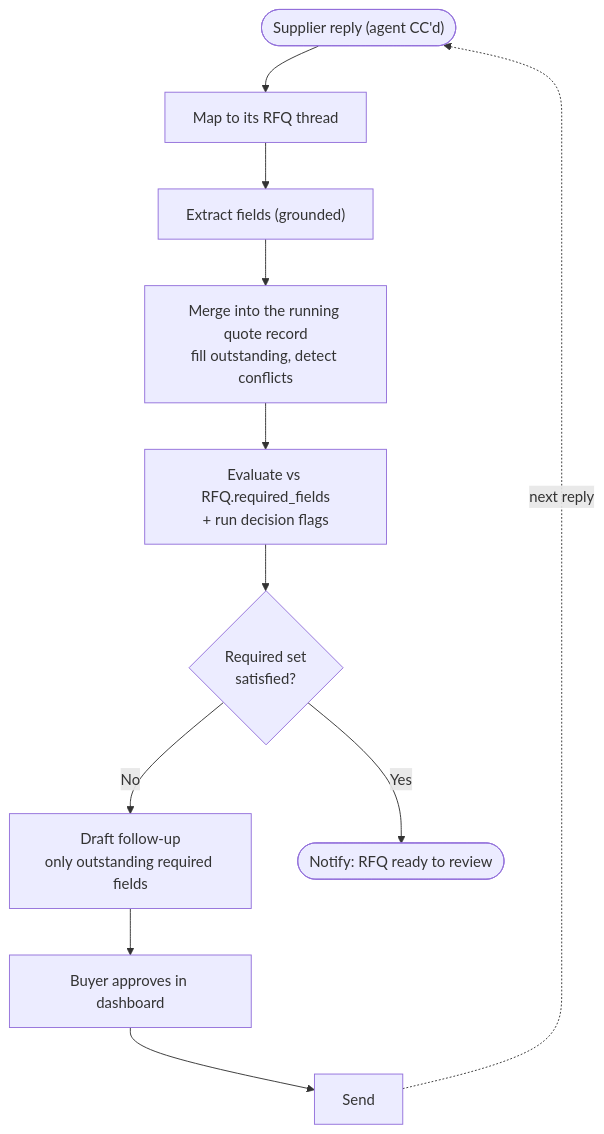
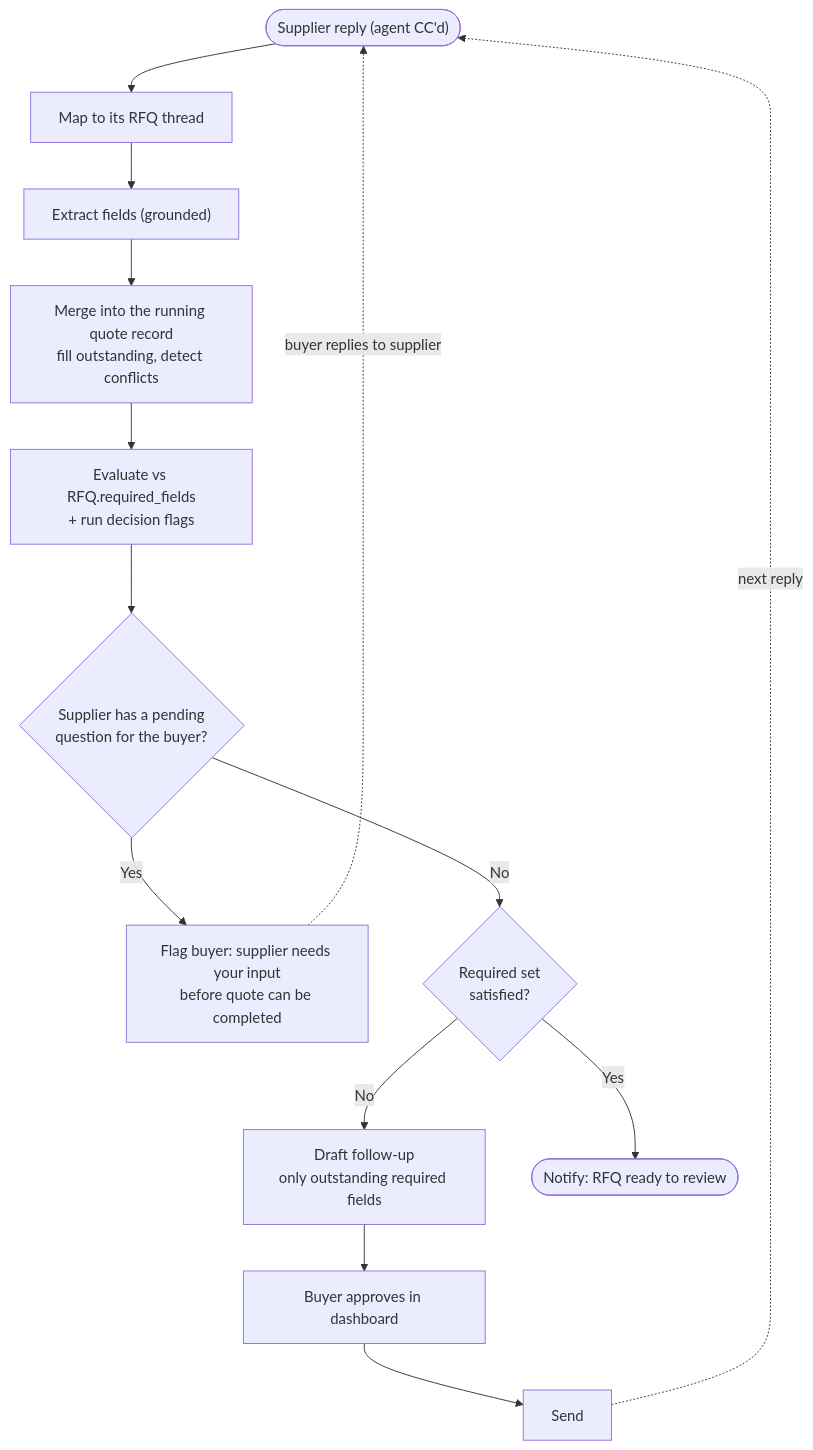
Before and after one commit to JayleeBot/ForgeFlow: the second of 2 diagrams in README.md, drawn with Mermaid. The commit also changed 8 other files, not shown here.

````diff
--- a/README.md
+++ b/README.md
@@ -49,13 +49,16 @@
 ```mermaid
 flowchart TD
     R(["Supplier reply (agent CC'd)"]) --> M["Map to its RFQ thread"]
     M --> E["Extract fields (grounded)"]
     E --> U["Merge into the running quote record<br/>fill outstanding, detect conflicts"]
     U --> K["Evaluate vs RFQ.required_fields<br/>+ run decision flags"]
-    K --> D{"Required set<br/>satisfied?"}
+    K --> Q{"Supplier has a pending<br/>question for the buyer?"}
+    Q -- Yes --> J["Flag buyer: supplier needs your input<br/>before quote can be completed"]
+    J -. buyer replies to supplier .-> R
+    Q -- No --> D{"Required set<br/>satisfied?"}
     D -- No --> F["Draft follow-up<br/>only outstanding required fields"]
     F --> A["Buyer approves in dashboard"]
     A --> S["Send"]
     S -. next reply .-> R
     D -- Yes --> N(["Notify: RFQ ready to review"])
 ```
````
